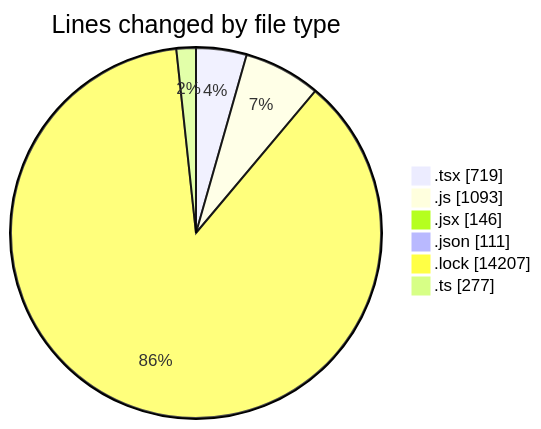
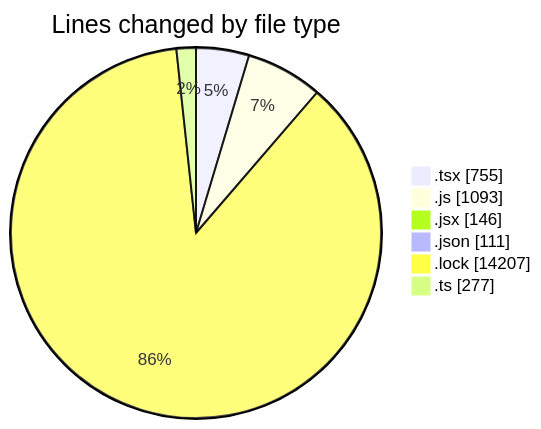
One commit to momahboobian/code-tracking changed the first of 2 diagrams in 2025-05-08/cda/README.md. Above: the diagram before and after it, drawn with Mermaid. The commit also changed other lines of this file and 1 other file, not shown here.

````diff
--- a/2025-05-08/cda/README.md
+++ b/2025-05-08/cda/README.md
@@ -36,10 +36,10 @@
 ```mermaid
 pie showData
 title Lines changed by file type
-".tsx" : 719
+".tsx" : 755
 ".js" : 1093
 ".jsx" : 146
 ".json" : 111
 ".lock" : 14207
 ".ts" : 277
 ```
````
